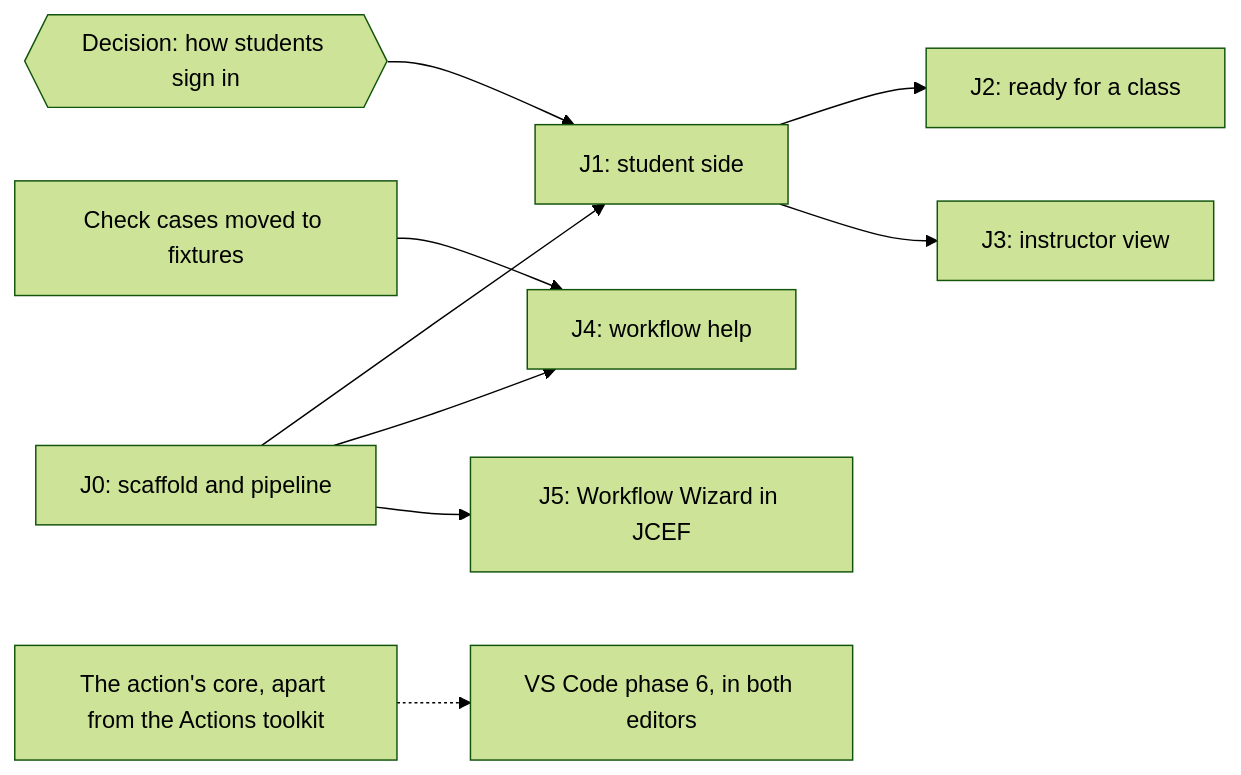
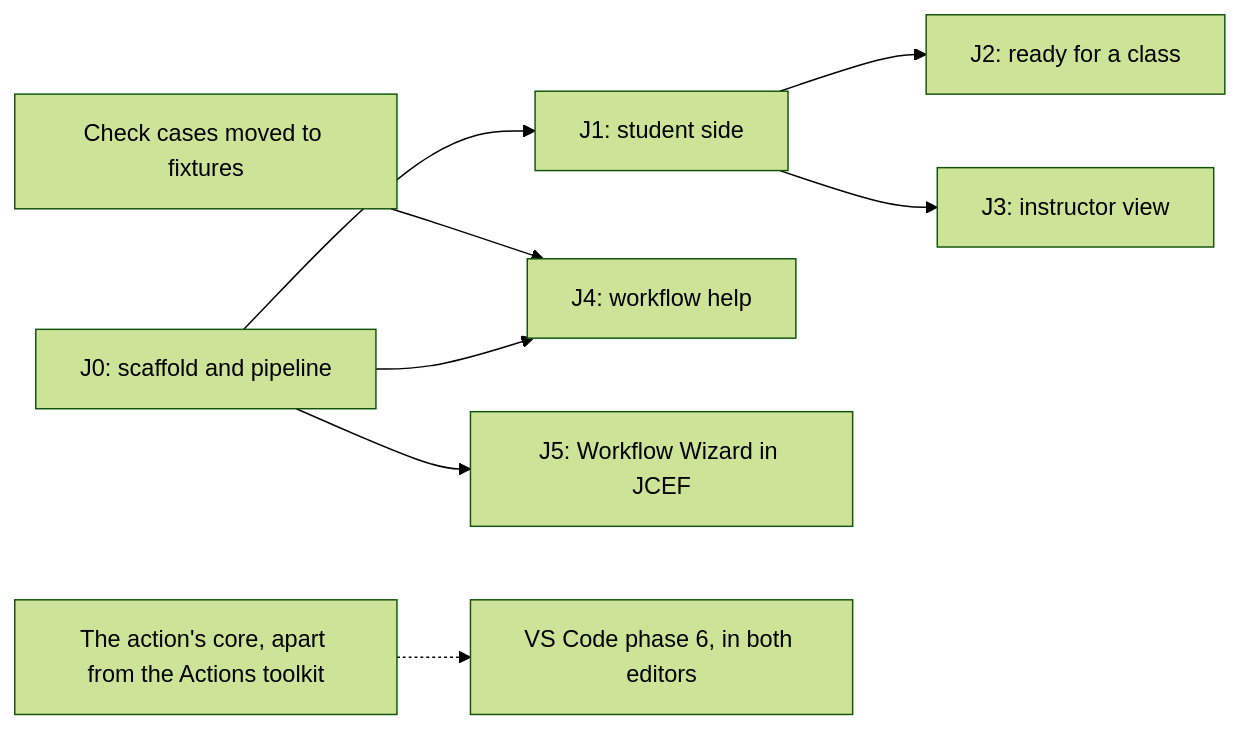
One commit to NSCC-ITC-Assessment/GrillMyCode changed the diagram in docs-internal/jetbrains-plugin-plan.md. Above: the diagram before and after it, drawn with Mermaid (forest theme). The commit also changed other lines of this file and 16 other files, not shown here.

````diff
--- a/docs-internal/jetbrains-plugin-plan.md
+++ b/docs-internal/jetbrains-plugin-plan.md
@@ -33,11 +34,10 @@
 ```mermaid
 flowchart LR
   j0["J0: scaffold and pipeline"] --> j1["J1: student side"]
-  auth{{"Decision: how students sign in"}} --> j1
   j1 --> j2["J2: ready for a class"]
   j1 --> j3["J3: instructor view"]
   cases["Check cases moved to fixtures"] --> j4["J4: workflow help"]
   j0 --> j4
   j0 --> j5["J5: Workflow Wizard in JCEF"]
   core["The action's core, apart from the Actions toolkit"] -.-> p6["VS Code phase 6, in both editors"]
 ```
````
